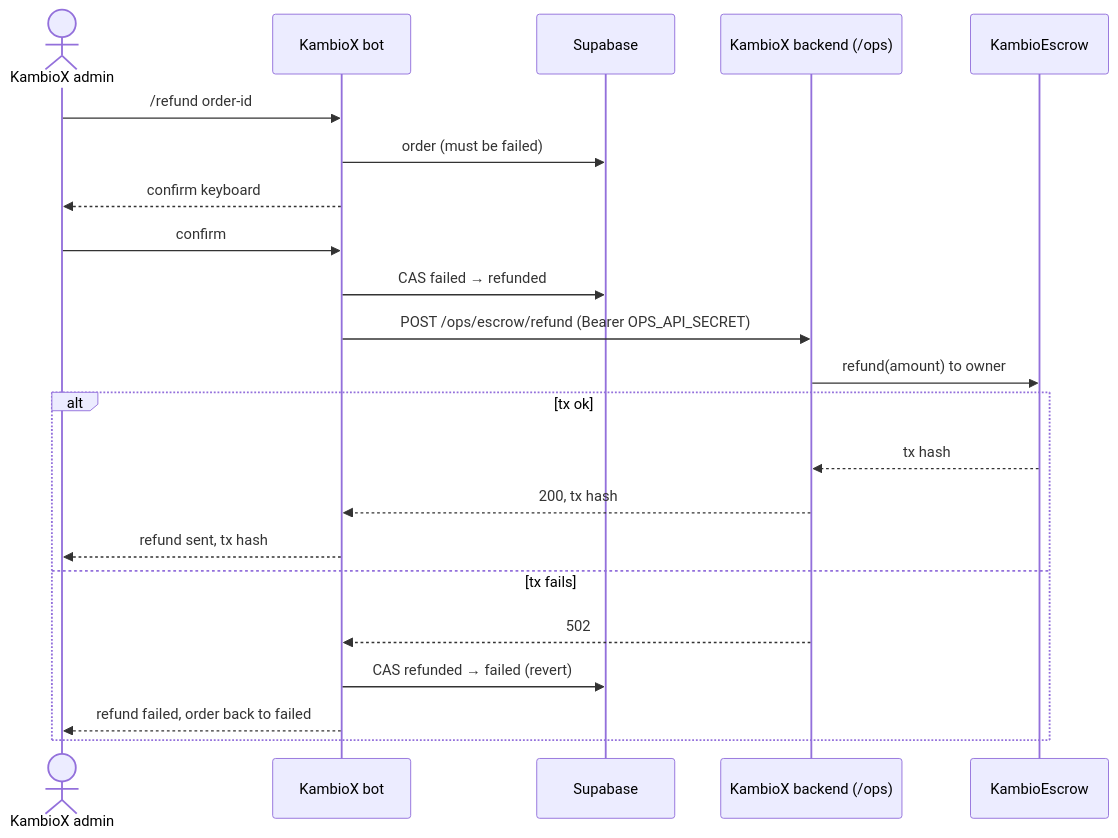
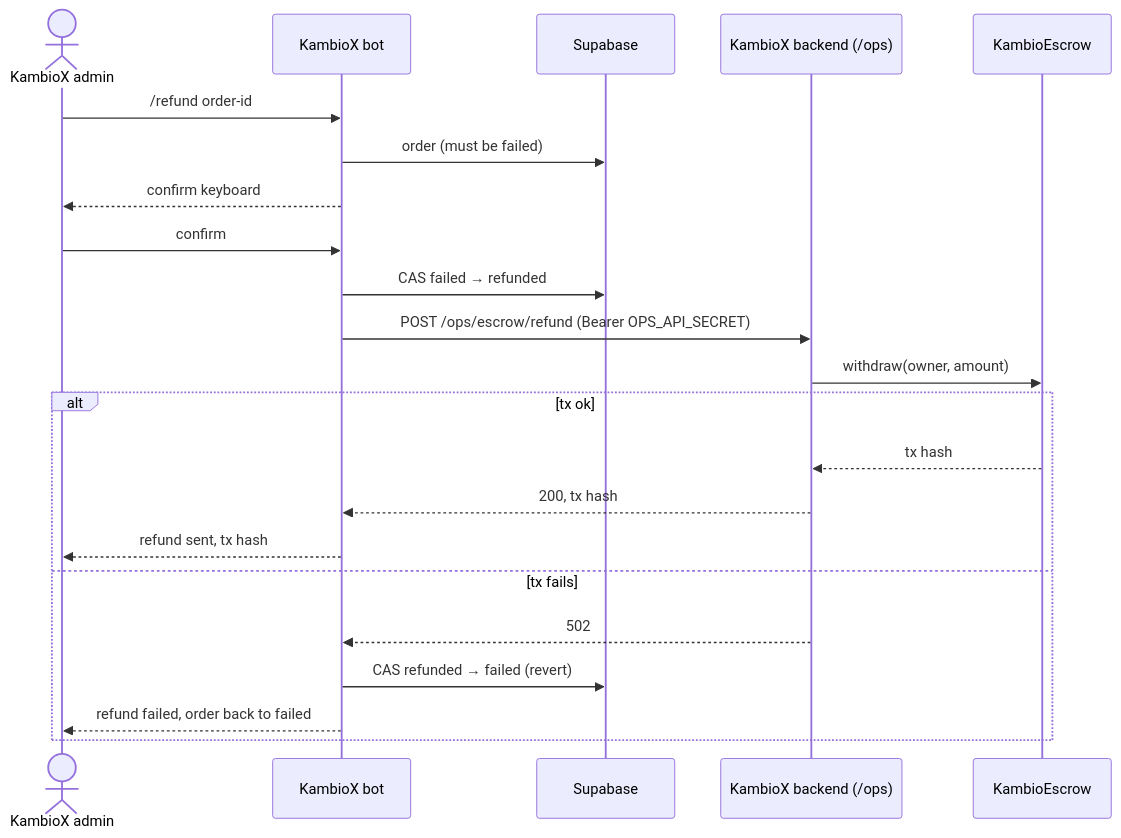
One commit to BreadchainCoop/curacao-crypto-onramp-bot changed the sixth of 8 diagrams in contracts/stellar/ARCHITECTURE.md. Above: the diagram before and after it, drawn with Mermaid. The commit also changed other lines of this file, not shown here.

Commit message:
docs(stellar): merge the SCF submission chapter into ARCHITECTURE.md

````diff
--- a/contracts/stellar/ARCHITECTURE.md
+++ b/contracts/stellar/ARCHITECTURE.md
@@ -178,25 +178,25 @@
 ```mermaid
 sequenceDiagram
   actor A as KambioX admin
   participant B as KambioX bot
   participant DB as Supabase
   participant BE as KambioX backend (/ops)
   participant E as KambioEscrow
 
   A->>B: /refund order-id
   B->>DB: order (must be failed)
   B-->>A: confirm keyboard
   A->>B: confirm
   B->>DB: CAS failed → refunded
   B->>BE: POST /ops/escrow/refund (Bearer OPS_API_SECRET)
-  BE->>E: refund(amount) to owner
+  BE->>E: withdraw(owner, amount)
   alt tx ok
     E-->>BE: tx hash
     BE-->>B: 200, tx hash
     B-->>A: refund sent, tx hash
   else tx fails
     BE-->>B: 502
     B->>DB: CAS refunded → failed (revert)
     B-->>A: refund failed, order back to failed
   end
 ```
````
